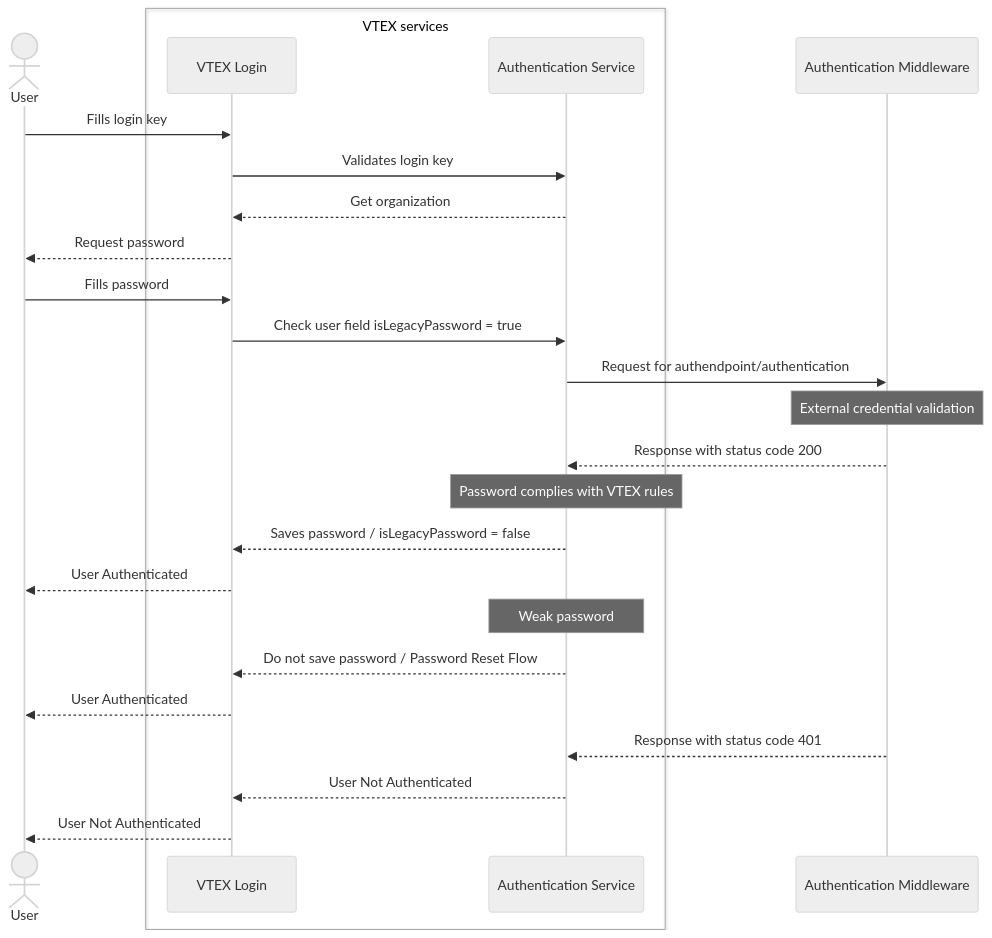
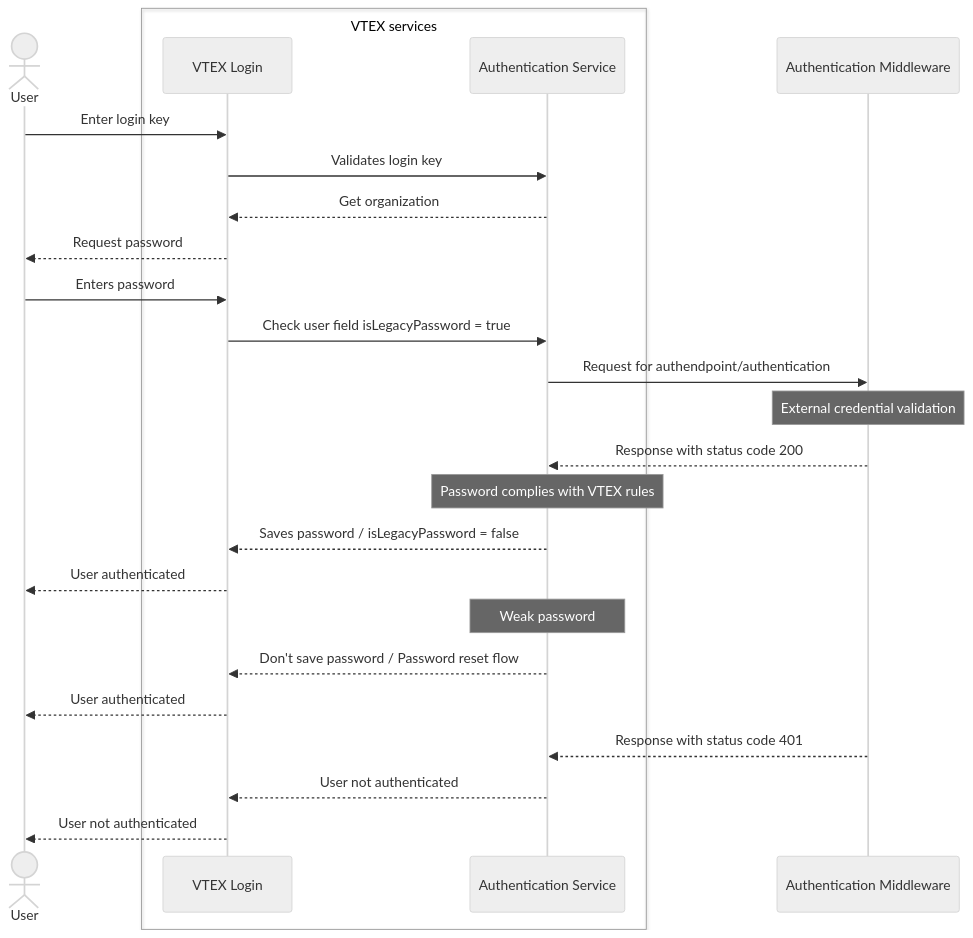
One commit to vtexdocs/dev-portal-content changed the diagram in docs/guides/b2b/b2b-buyer-portal/b2b-password-migration.md. Above: the diagram before and after it, drawn with Mermaid (neutral theme). The commit also changed other lines of this file, not shown here.

````diff
--- a/docs/guides/b2b/b2b-buyer-portal/b2b-password-migration.md
+++ b/docs/guides/b2b/b2b-buyer-portal/b2b-password-migration.md
@@ -28,31 +28,31 @@
 ```mermaid
 sequenceDiagram
 actor User
 box VTEX services
 participant L as VTEX Login
 participant A as Authentication Service
 end
 participant M as Authentication Middleware
 
-User->>L: Fills login key
+User->>L: Enter login key
 L->>A: Validates login key
 A-->>L: Get organization
 L-->>User: Request password
-User->>L: Fills password
+User->>L: Enters password
 L->>A: Check user field isLegacyPassword = true
 A->>M: Request for authendpoint/authentication
 Note over M: External credential validation
 
 M-->>A: Response with status code 200
 Note over A: Password complies with VTEX rules
 A-->>L: Saves password / isLegacyPassword = false
-L-->>User: User Authenticated
+L-->>User: User authenticated
 
 Note over A: Weak password
-A-->>L: Do not save password / Password Reset Flow
-L-->>User: User Authenticated
+A-->>L: Don't save password / Password reset flow
+L-->>User: User authenticated
 
 M-->>A: Response with status code 401
-A-->>L: User Not Authenticated
-L-->>User: User Not Authenticated
+A-->>L: User not authenticated
+L-->>User: User not authenticated
 ```
````
